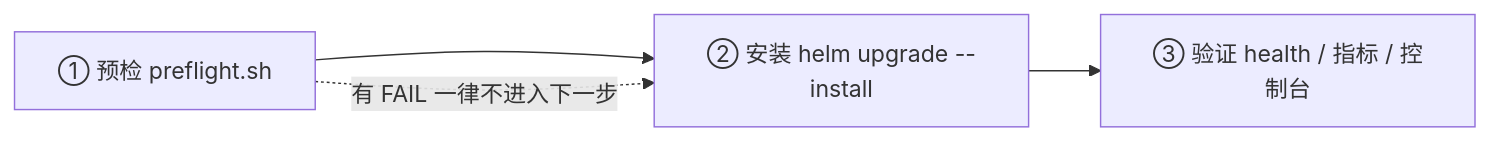
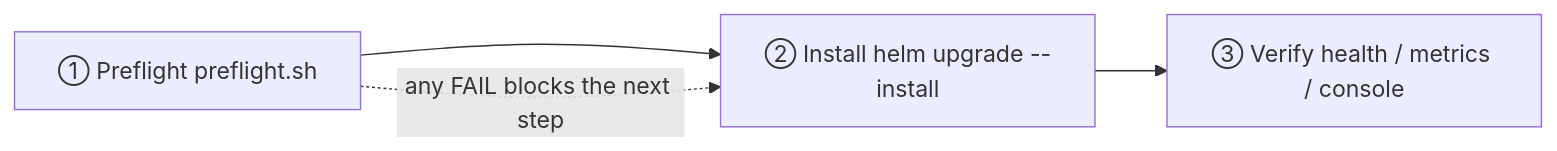
One commit to dolanshu/inhouse-ims-as changed the diagram in docs/delivery/README.md. Above: the diagram before and after it, drawn with Mermaid. The commit also changed other lines of this file and 12 other files, not shown here.

````diff
--- a/docs/delivery/README.md
+++ b/docs/delivery/README.md
@@ -29,6 +29,6 @@
 ```mermaid
 flowchart LR
-  A["① 预检 preflight.sh"] --> B["② 安装 helm upgrade --install"]
-  B --> C["③ 验证 health / 指标 / 控制台"]
-  A -.->|"有 FAIL 一律不进入下一步"| B
+  A["① Preflight preflight.sh"] --> B["② Install helm upgrade --install"]
+  B --> C["③ Verify health / metrics / console"]
+  A -.->|"any FAIL blocks the next step"| B
 ```
````
